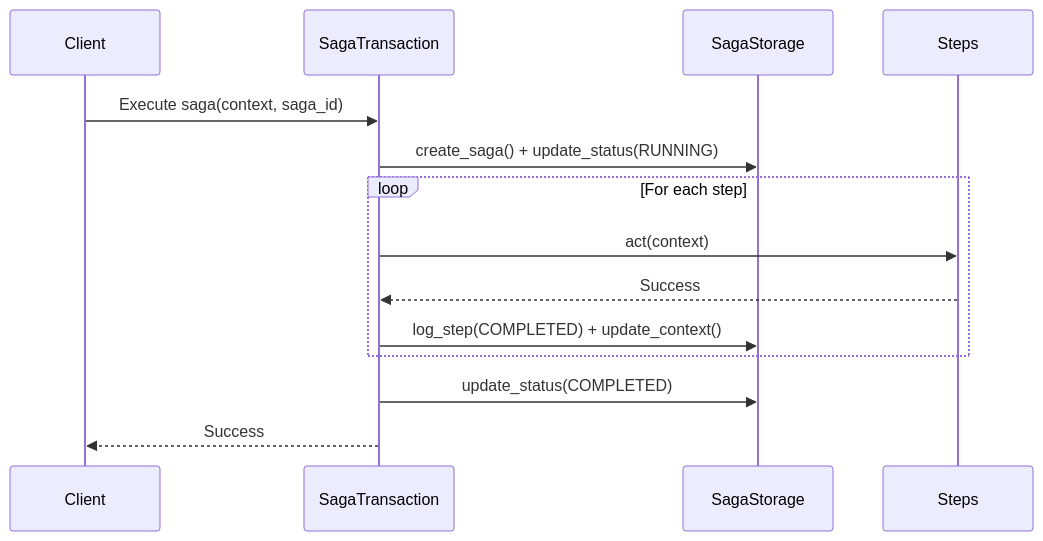
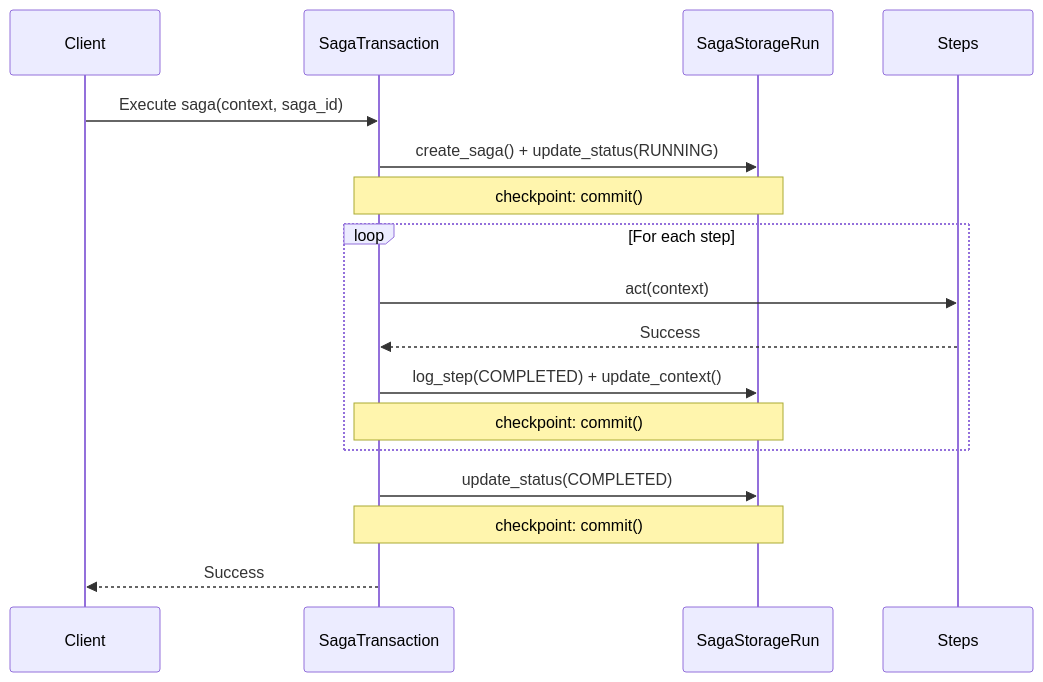
The first of 4 diagrams in docs/saga/flow.md (vadikko2/python-cqrs-mkdocs), drawn with Mermaid before and after one commit. The commit also changed other lines of this file and 14 other files, not shown here.

````diff
--- a/docs/saga/flow.md
+++ b/docs/saga/flow.md
@@ -19,19 +21,22 @@
 ```mermaid
 sequenceDiagram
     participant Client
     participant Transaction as SagaTransaction
-    participant Storage as SagaStorage
+    participant Run as SagaStorageRun
     participant Steps as Steps
 
     Client->>Transaction: Execute saga(context, saga_id)
-    Transaction->>Storage: create_saga() + update_status(RUNNING)
+    Transaction->>Run: create_saga() + update_status(RUNNING)
+    Note over Transaction,Run: checkpoint: commit()
     
     loop For each step
         Transaction->>Steps: act(context)
         Steps-->>Transaction: Success
-        Transaction->>Storage: log_step(COMPLETED) + update_context()
+        Transaction->>Run: log_step(COMPLETED) + update_context()
+        Note over Transaction,Run: checkpoint: commit()
     end
     
-    Transaction->>Storage: update_status(COMPLETED)
+    Transaction->>Run: update_status(COMPLETED)
+    Note over Transaction,Run: checkpoint: commit()
     Transaction-->>Client: Success
 ```
````
